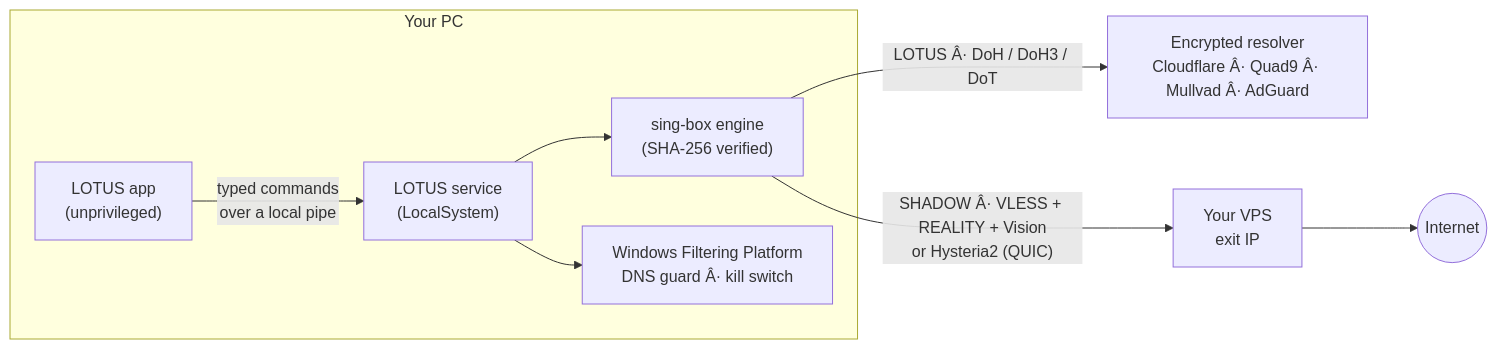
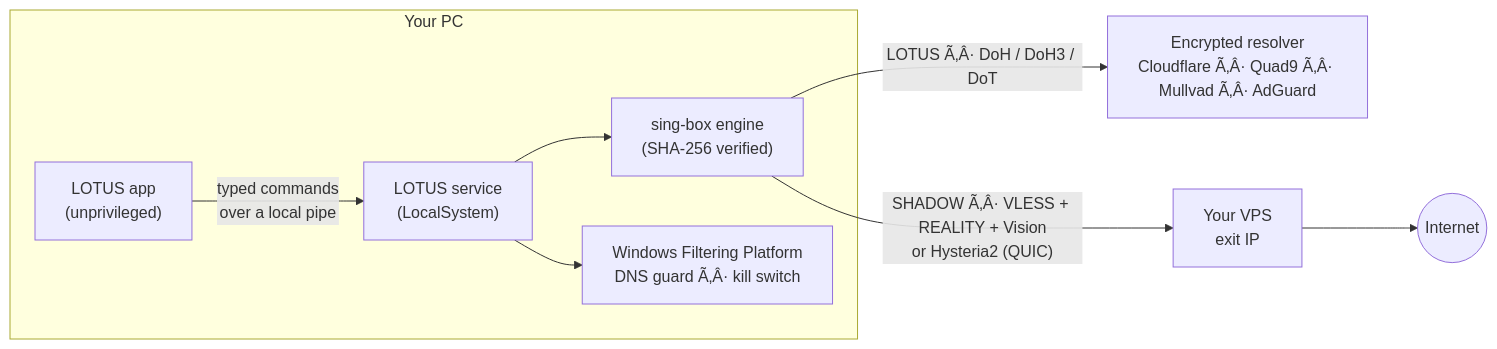
Before and after one commit to HighSkai/Lotus: the diagram in README.md, drawn with Mermaid. The commit also changed other lines of this file and 12 other files, not shown here.

````diff
--- a/README.md
+++ b/README.md
@@ -62,11 +62,11 @@
 ```mermaid
 flowchart LR
   subgraph PC["Your PC"]
     UI["LOTUS app<br/>(unprivileged)"] -- "typed commands<br/>over a local pipe" --> SVC["LOTUS service<br/>(LocalSystem)"]
     SVC --> ENG["sing-box engine<br/>(SHA-256 verified)"]
-    SVC --> WFP["Windows Filtering Platform<br/>DNS guard Â· kill switch"]
+    SVC --> WFP["Windows Filtering Platform<br/>DNS guard Ã‚Â· kill switch"]
   end
-  ENG -- "LOTUS Â· DoH / DoH3 / DoT" --> DNS["Encrypted resolver<br/>Cloudflare Â· Quad9 Â· Mullvad Â· AdGuard"]
-  ENG -- "SHADOW Â· VLESS + REALITY + Vision<br/>or Hysteria2 (QUIC)" --> VPS["Your VPS<br/>exit IP"]
+  ENG -- "LOTUS Ã‚Â· DoH / DoH3 / DoT" --> DNS["Encrypted resolver<br/>Cloudflare Ã‚Â· Quad9 Ã‚Â· Mullvad Ã‚Â· AdGuard"]
+  ENG -- "SHADOW Ã‚Â· VLESS + REALITY + Vision<br/>or Hysteria2 (QUIC)" --> VPS["Your VPS<br/>exit IP"]
   VPS --> NET(("Internet"))
 ```
````
